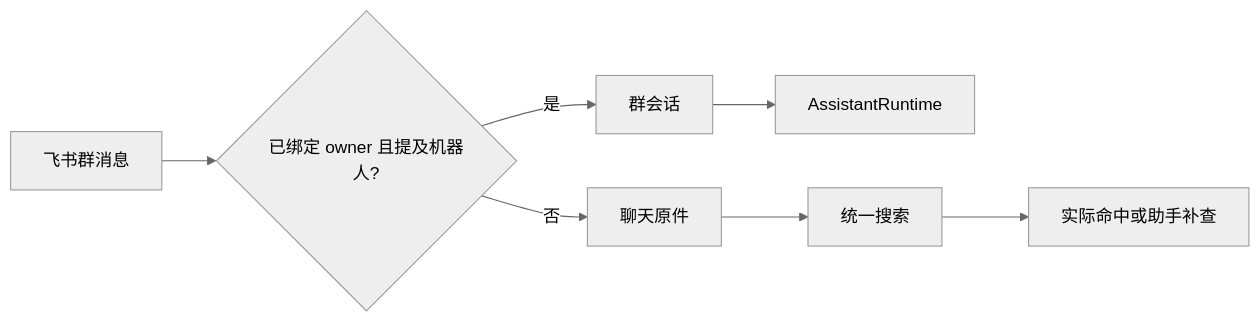
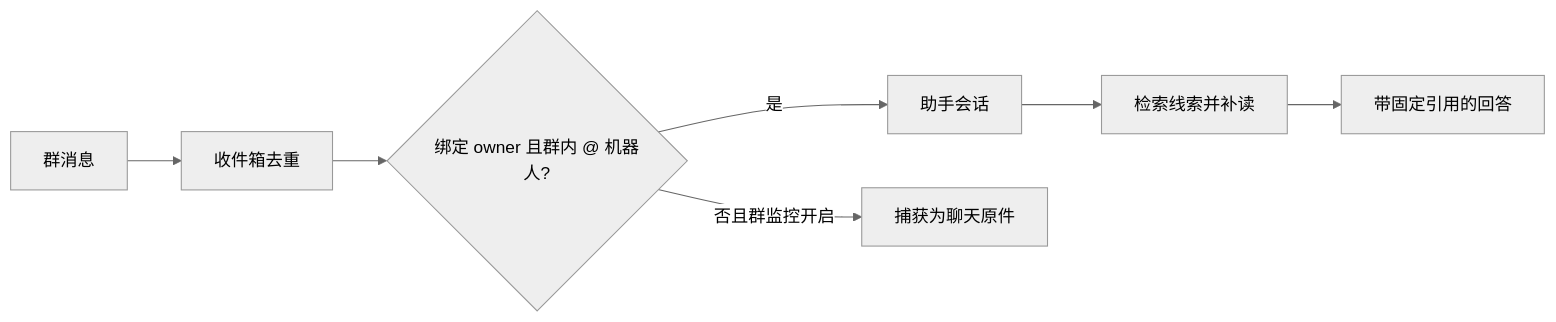
The first of 2 diagrams in .repo-review/knowledge/articles/c7ef9ab86227b21952d1f3567bf0ff43a7d5e858dd8fb114a0775b4a78d08de5.md (lejunyang/omem), drawn with Mermaid (neutral theme) before and after one commit. The commit also changed other lines of this file and 10 other files, not shown here.

````diff
--- a/.repo-review/knowledge/articles/c7ef9ab86227b21952d1f3567bf0ff43a7d5e858dd8fb114a0775b4a78d08de5.md
+++ b/.repo-review/knowledge/articles/c7ef9ab86227b21952d1f3567bf0ff43a7d5e858dd8fb114a0775b4a78d08de5.md
@@ -12,9 +14,9 @@
-~~~mermaid
+```mermaid
 flowchart LR
-  A[飞书群消息] --> B{已绑定 owner 且提及机器人?}
-  B -->|是| C[群会话]
-  C --> D[AssistantRuntime]
-  B -->|否| E[聊天原件]
-  E --> F[统一搜索]
-  F --> G[实际命中或助手补查]
-~~~
+  A[群消息] --> B[收件箱去重]
+  B --> C{绑定 owner 且群内 @ 机器人?}
+  C -- 是 --> D[助手会话]
+  C -- 否且群监控开启 --> E[捕获为聊天原件]
+  D --> F[检索线索并补读]
+  F --> G[带固定引用的回答]
+```
````
